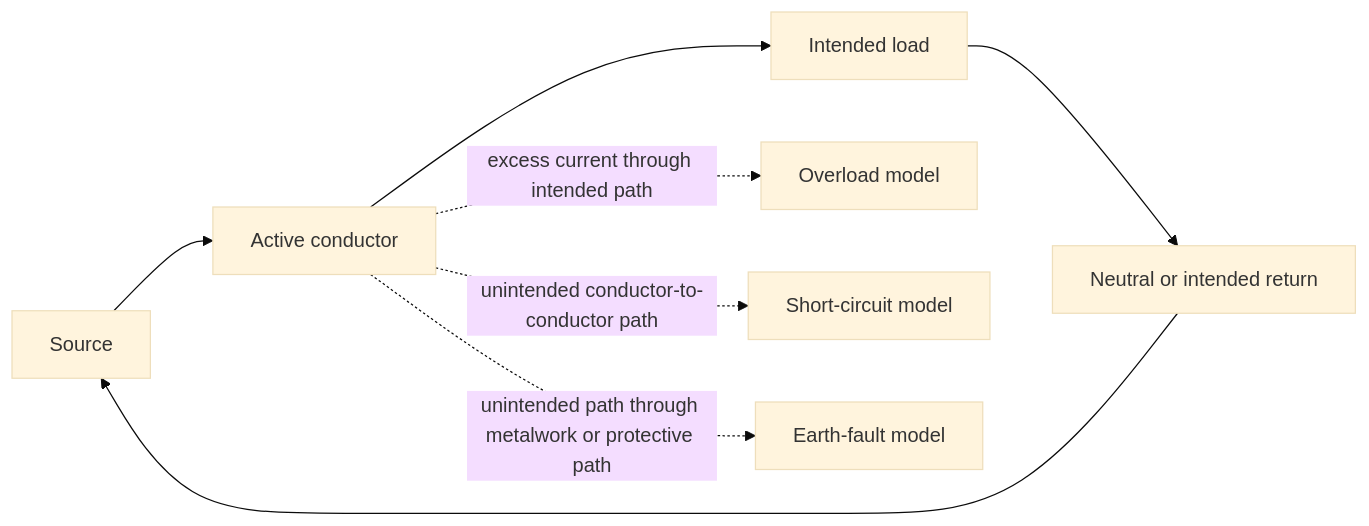
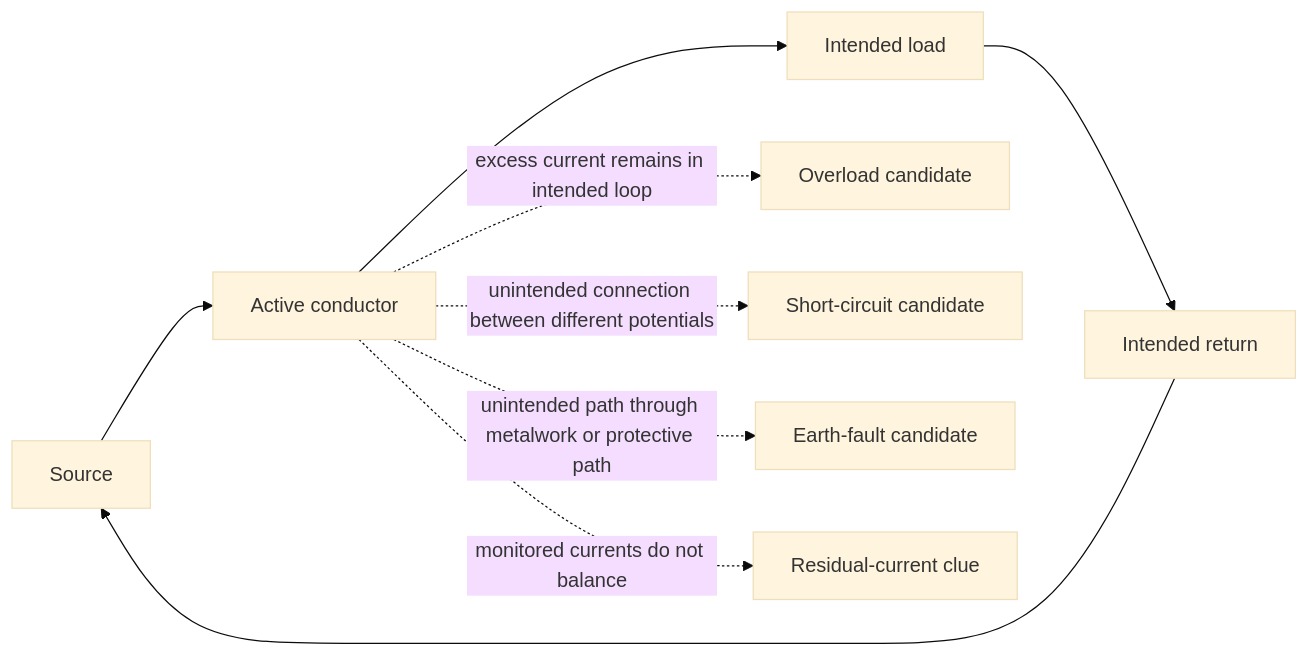
The second of 2 diagrams in docs/learning-plans/12-week/modules/day-09-overload-short-circuit-and-fault-current-distinctions.md (andrew3stedall/capstone), drawn with Mermaid (base theme) before and after one commit. The commit also changed other lines of this file, not shown here.

Commit message:
Improve Day 9 fault-current distinctions

````diff
--- a/docs/learning-plans/12-week/modules/day-09-overload-short-circuit-and-fault-current-distinctions.md
+++ b/docs/learning-plans/12-week/modules/day-09-overload-short-circuit-and-fault-current-distinctions.md
@@ -169,10 +192,11 @@
 ```mermaid
 flowchart LR
     S["Source"] --> A["Active conductor"]
     A --> L["Intended load"]
-    L --> N["Neutral or intended return"]
-    N --> S
-    A -. "excess current through intended path" .-> O["Overload model"]
-    A -. "unintended conductor-to-conductor path" .-> C["Short-circuit model"]
-    A -. "unintended path through metalwork or protective path" .-> E["Earth-fault model"]
+    L --> R["Intended return"]
+    R --> S
+    A -. "excess current remains in intended loop" .-> O["Overload candidate"]
+    A -. "unintended connection between different potentials" .-> C["Short-circuit candidate"]
+    A -. "unintended path through metalwork or protective path" .-> E["Earth-fault candidate"]
+    A -. "monitored currents do not balance" .-> Q["Residual-current clue"]
 ```
````
